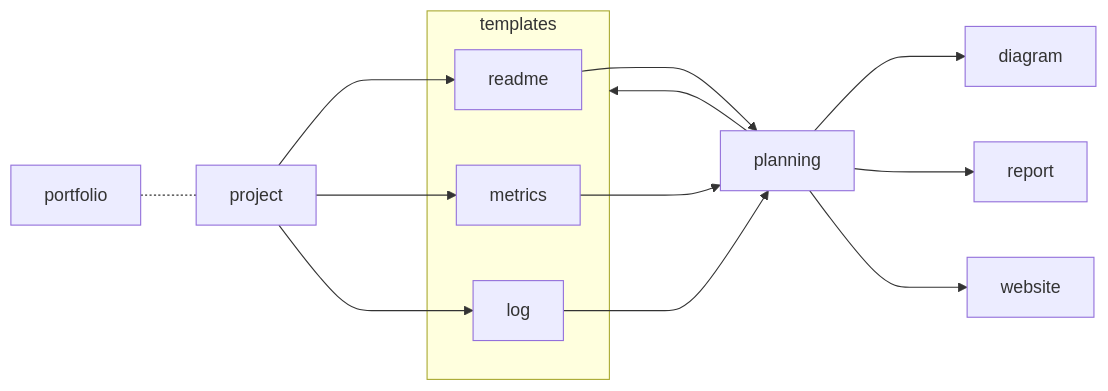
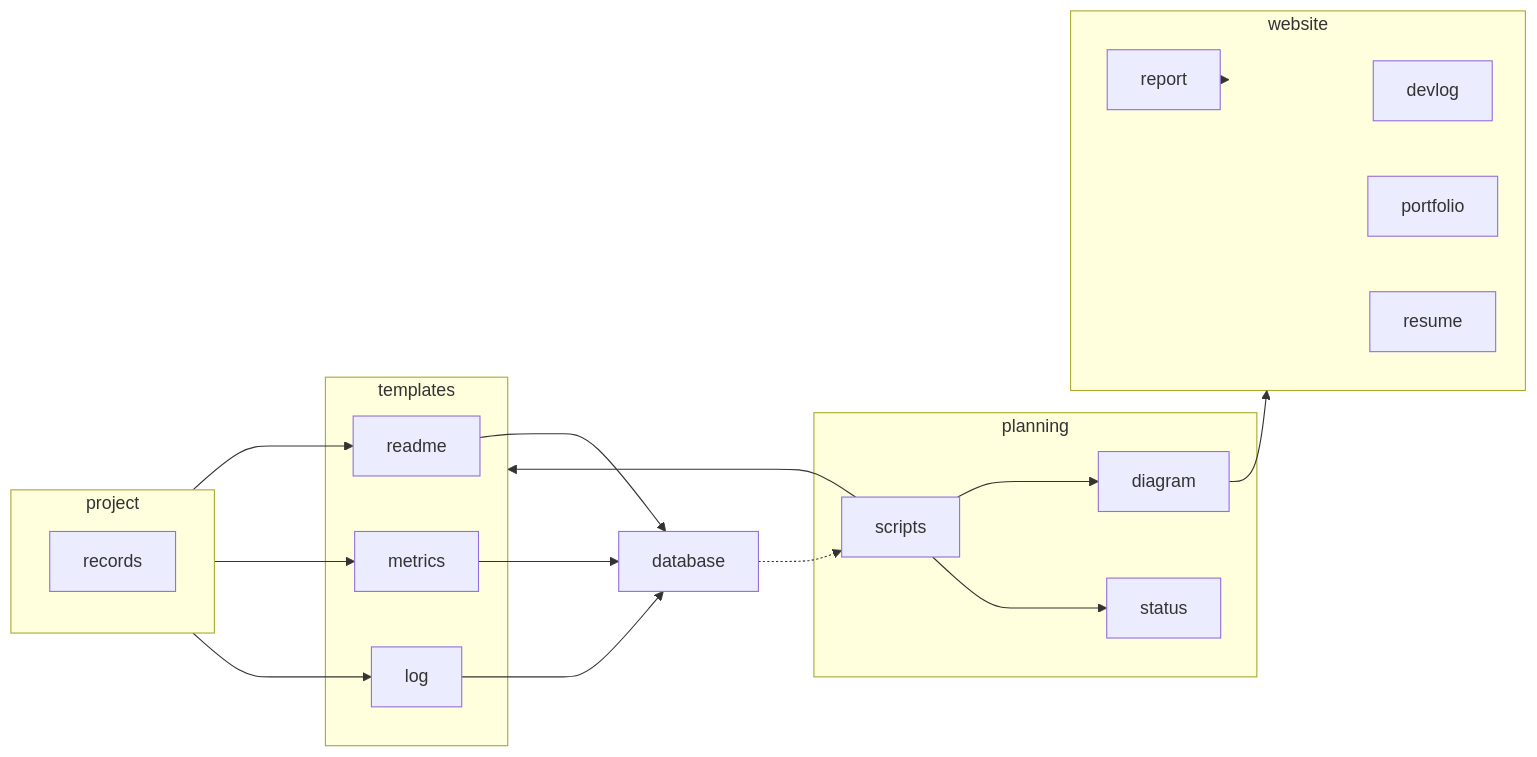
The diagram in README.md (eipiguy/planning), drawn with Mermaid before and after one commit. The commit also changed 5 other files, not shown here.

````diff
--- a/README.md
+++ b/README.md
@@ -55,24 +55,38 @@
 ```mermaid
 graph LR
 
 subgraph templates
   readme
   metrics
   log
 end
 
-portfolio-.-project
+subgraph project
+  records
+end
 
 project--->readme
 project--->metrics
 project--->log
 
-readme--->planning
-metrics--->planning
-log--->planning
+readme--->database
+metrics--->database
+log--->database
 
-planning--->templates
-planning--->diagram
-planning--->report
-planning--->website
+subgraph planning
+  scripts--->diagram
+  scripts--->status
+end
+
+database-.->scripts
+scripts--->templates
+diagram--->website
+report--->website
+
+subgraph website
+  devlog
+  report
+  portfolio
+  resume
+end
 ```
````
